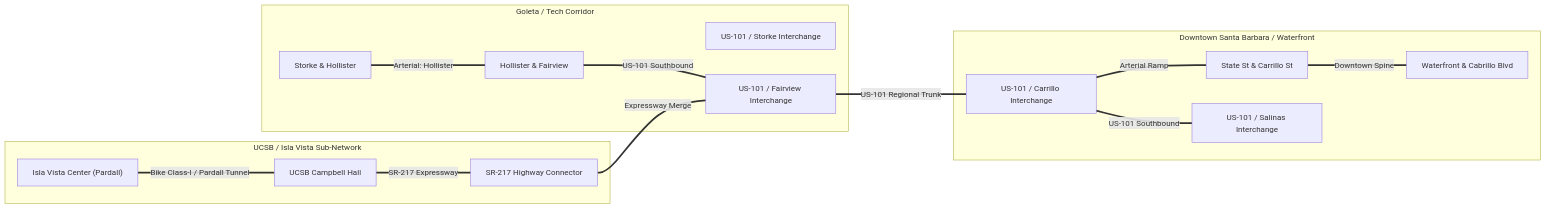
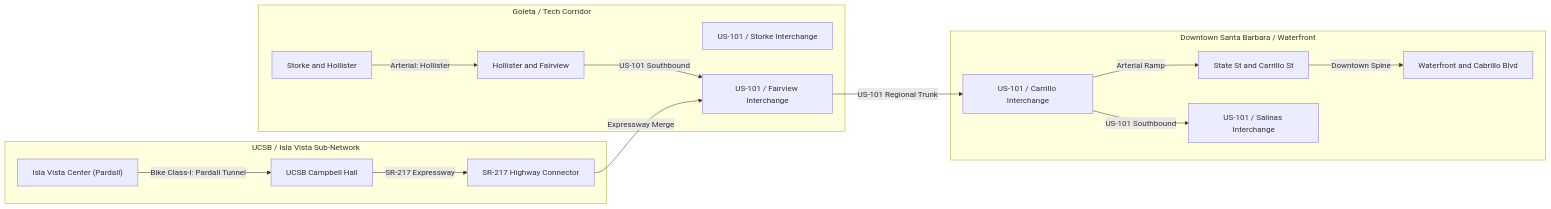
The third of 6 diagrams in technical_features.md (rskris/nextgen_abm), drawn with Mermaid before and after one commit. The commit also changed other lines of this file and 1 other file, not shown here.

Commit message:
fix(docs): Repair Mermaid diagram syntax and flowcharts across documentation

````diff
--- a/technical_features.md
+++ b/technical_features.md
@@ -193,32 +194,32 @@
 ```mermaid
-graph LR
+flowchart LR
     subgraph WestGoleta ["Goleta / Tech Corridor"]
-        N_Storke["Storke & Hollister"]
-        N_HollisterFairview["Hollister & Fairview"]
+        N_Storke["Storke and Hollister"]
+        N_HollisterFairview["Hollister and Fairview"]
         N_US101_Storke["US-101 / Storke Interchange"]
         N_US101_Fairview["US-101 / Fairview Interchange"]
     end
 
     subgraph UCSB_IV ["UCSB / Isla Vista Sub-Network"]
         N_IV["Isla Vista Center (Pardall)"]
         N_UCSB["UCSB Campbell Hall"]
         N_SR217["SR-217 Highway Connector"]
     end
 
     subgraph SantaBarbara ["Downtown Santa Barbara / Waterfront"]
-        N_Carrillo["State St & Carrillo St"]
-        N_Cabrillo["Waterfront & Cabrillo Blvd"]
+        N_Carrillo["State St and Carrillo St"]
+        N_Cabrillo["Waterfront and Cabrillo Blvd"]
         N_US101_Carrillo["US-101 / Carrillo Interchange"]
         N_US101_Salinas["US-101 / Salinas Interchange"]
     end
 
-    N_Storke ===|Arterial: Hollister| N_HollisterFairview
-    N_HollisterFairview ===|US-101 Southbound| N_US101_Fairview
-    N_IV ===|Bike Class-I / Pardall Tunnel| N_UCSB
-    N_UCSB ===|SR-217 Expressway| N_SR217
-    N_SR217 ===|Expressway Merge| N_US101_Fairview
-    N_US101_Fairview ===|US-101 Regional Trunk| N_US101_Carrillo
-    N_US101_Carrillo ===|Arterial Ramp| N_Carrillo
-    N_Carrillo ===|Downtown Spine| N_Cabrillo
-    N_US101_Carrillo ===|US-101 Southbound| N_US101_Salinas
+    N_Storke -->|"Arterial: Hollister"| N_HollisterFairview
+    N_HollisterFairview -->|"US-101 Southbound"| N_US101_Fairview
+    N_IV -->|"Bike Class-I: Pardall Tunnel"| N_UCSB
+    N_UCSB -->|"SR-217 Expressway"| N_SR217
+    N_SR217 -->|"Expressway Merge"| N_US101_Fairview
+    N_US101_Fairview -->|"US-101 Regional Trunk"| N_US101_Carrillo
+    N_US101_Carrillo -->|"Arterial Ramp"| N_Carrillo
+    N_Carrillo -->|"Downtown Spine"| N_Cabrillo
+    N_US101_Carrillo -->|"US-101 Southbound"| N_US101_Salinas
 ```
````
